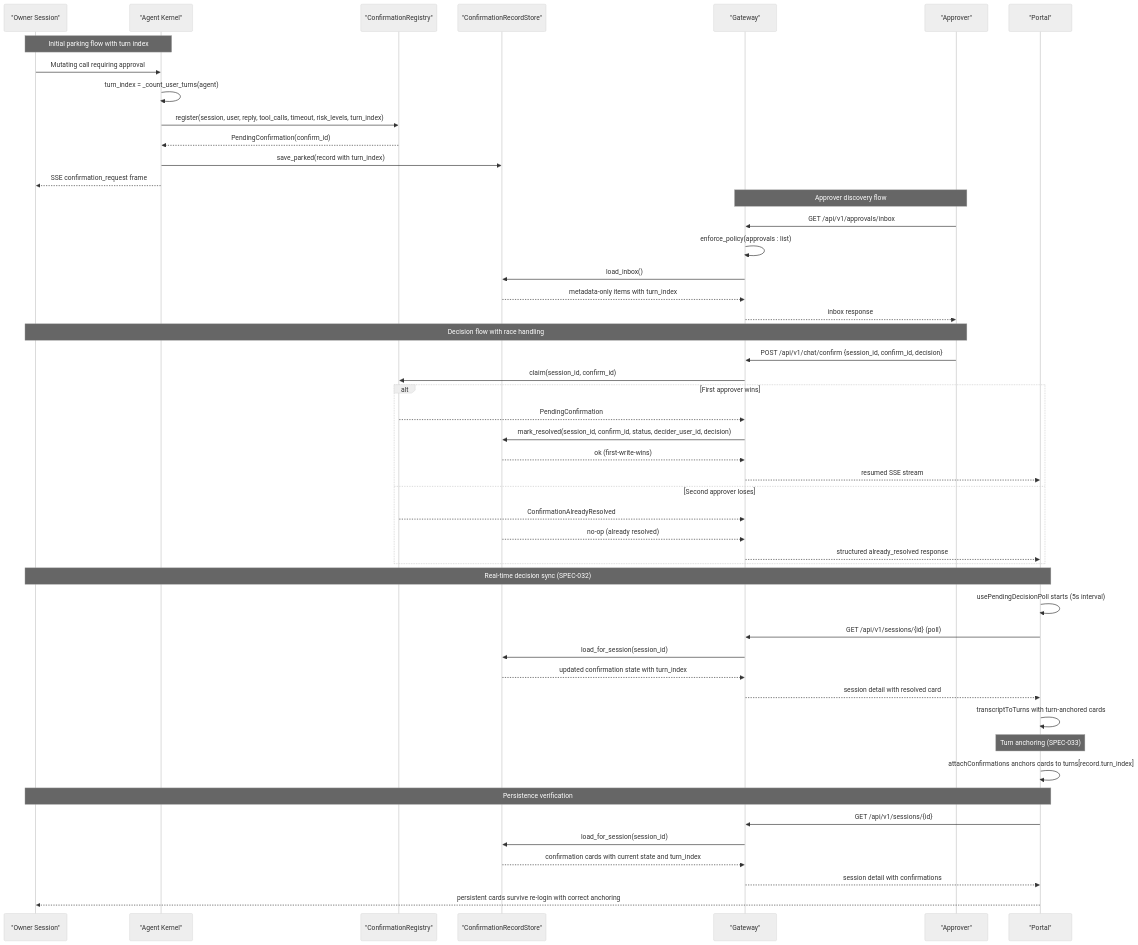
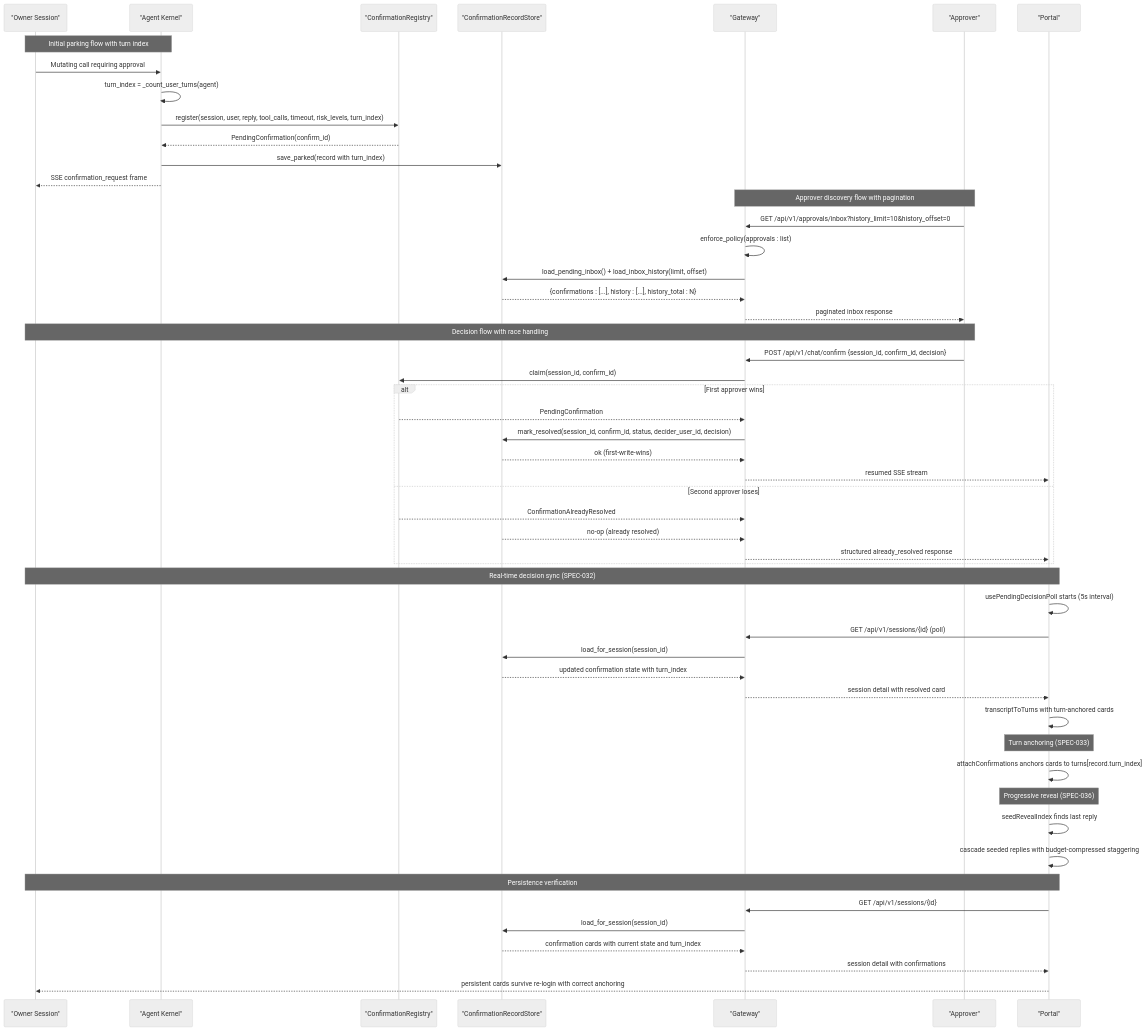
One commit to metasync/luban-aiops changed the second of 11 diagrams in .qoder/repowiki/en/content/Architecture Documentation/SPEC-031_ Approval Inbox and Persistent Confirmation Cards.md. Above: the diagram before and after it, drawn with Mermaid (neutral theme). The commit also changed other lines of this file and 14 other files, not shown here.

````diff
--- a/.qoder/repowiki/en/content/Architecture Documentation/SPEC-031_ Approval Inbox and Persistent Confirmation Cards.md
+++ b/.qoder/repowiki/en/content/Architecture Documentation/SPEC-031_ Approval Inbox and Persistent Confirmation Cards.md
@@ -135,51 +148,54 @@
 ```mermaid
 sequenceDiagram
 participant Owner as "Owner Session"
 participant Kernel as "Agent Kernel"
 participant Registry as "ConfirmationRegistry"
 participant Store as "ConfirmationRecordStore"
 participant Gateway as "Gateway"
 participant Approver as "Approver"
 participant Portal as "Portal"
 Note over Owner,Kernel : Initial parking flow with turn index
 Owner->>Kernel : Mutating call requiring approval
 Kernel->>Kernel : turn_index = _count_user_turns(agent)
 Kernel->>Registry : register(session, user, reply, tool_calls, timeout, risk_levels, turn_index)
 Registry-->>Kernel : PendingConfirmation(confirm_id)
 Kernel->>Store : save_parked(record with turn_index)
 Kernel-->>Owner : SSE confirmation_request frame
-Note over Approver,Gateway : Approver discovery flow
-Approver->>Gateway : GET /api/v1/approvals/inbox
+Note over Approver,Gateway : Approver discovery flow with pagination
+Approver->>Gateway : GET /api/v1/approvals/inbox?history_limit=10&history_offset=0
 Gateway->>Gateway : enforce_policy(approvals : list)
-Gateway->>Store : load_inbox()
-Store-->>Gateway : metadata-only items with turn_index
-Gateway-->>Approver : inbox response
+Gateway->>Store : load_pending_inbox() + load_inbox_history(limit, offset)
+Store-->>Gateway : {confirmations : [...], history : [...], history_total : N}
+Gateway-->>Approver : paginated inbox response
 Note over Approver,Owner : Decision flow with race handling
 Approver->>Gateway : POST /api/v1/chat/confirm {session_id, confirm_id, decision}
 Gateway->>Registry : claim(session_id, confirm_id)
 alt First approver wins
 Registry-->>Gateway : PendingConfirmation
 Gateway->>Store : mark_resolved(session_id, confirm_id, status, decider_user_id, decision)
 Store-->>Gateway : ok (first-write-wins)
 Gateway-->>Portal : resumed SSE stream
 else Second approver loses
 Registry-->>Gateway : ConfirmationAlreadyResolved
 Store-->>Gateway : no-op (already resolved)
 Gateway-->>Portal : structured already_resolved response
 end
 Note over Owner,Portal : Real-time decision sync (SPEC-032)
 Portal->>Portal : usePendingDecisionPoll starts (5s interval)
 Portal->>Gateway : GET /api/v1/sessions/{id} (poll)
 Gateway->>Store : load_for_session(session_id)
 Store-->>Gateway : updated confirmation state with turn_index
 Gateway-->>Portal : session detail with resolved card
 Portal->>Portal : transcriptToTurns with turn-anchored cards
 Note over Portal : Turn anchoring (SPEC-033)
 Portal->>Portal : attachConfirmations anchors cards to turns[record.turn_index]
+Note over Portal : Progressive reveal (SPEC-036)
+Portal->>Portal : seedRevealIndex finds last reply
+Portal->>Portal : cascade seeded replies with budget-compressed staggering
 Note over Owner,Portal : Persistence verification
 Portal->>Gateway : GET /api/v1/sessions/{id}
 Gateway->>Store : load_for_session(session_id)
 Store-->>Gateway : confirmation cards with current state and turn_index
 Gateway-->>Portal : session detail with confirmations
 Portal-->>Owner : persistent cards survive re-login with correct anchoring
 ```
````
